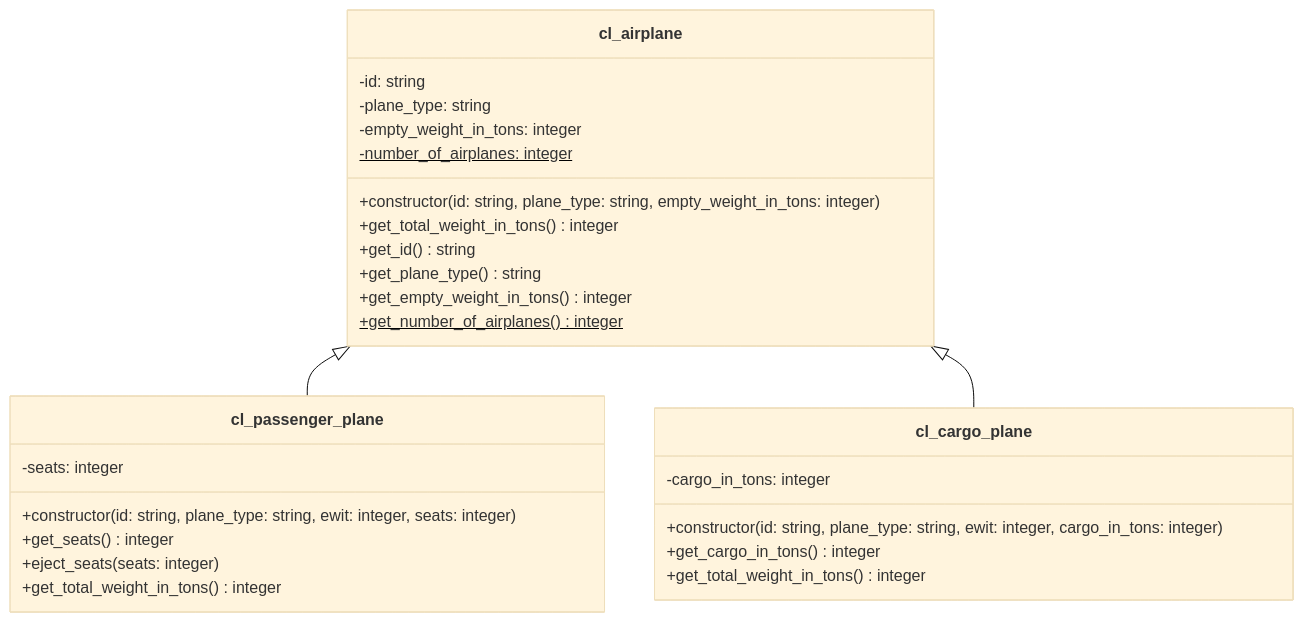
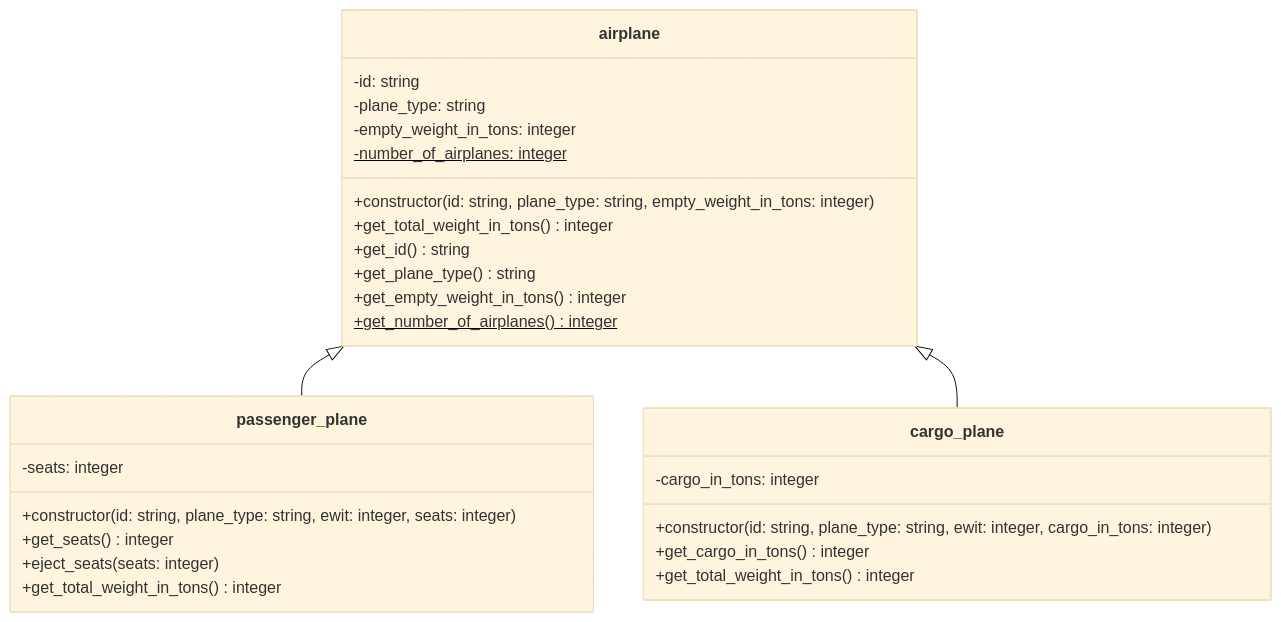
One commit to appenmaier/s4hana changed the diagram in docs/exercises/abap-objects/abap-objects-06.md. Above: the diagram before and after it, drawn with Mermaid (base theme).

````diff
--- a/docs/exercises/abap-objects/abap-objects-06.md
+++ b/docs/exercises/abap-objects/abap-objects-06.md
@@ -11,33 +11,33 @@
 ```mermaid
 classDiagram
-   cl_airplane <|-- cl_passenger_plane
-   cl_airplane <|-- cl_cargo_plane
+   airplane <|-- passenger_plane
+   airplane <|-- cargo_plane
 
-   class cl_airplane {
+   class airplane {
       -id: string
       -plane_type: string
       -empty_weight_in_tons: integer
       -number_of_airplanes: integer$
       +constructor(id: string, plane_type: string, empty_weight_in_tons: integer)
       +get_total_weight_in_tons() integer
       +get_id() string
       +get_plane_type() string
       +get_empty_weight_in_tons() integer
       +get_number_of_airplanes() integer$
    }
 
-   class cl_passenger_plane {
+   class passenger_plane {
       -seats: integer
       +constructor(id: string, plane_type: string, ewit: integer, seats: integer)
       +get_seats() integer
       +eject_seats(seats: integer)
       +get_total_weight_in_tons() integer
    }
 
-   class cl_cargo_plane {
+   class cargo_plane {
       -cargo_in_tons: integer
       +constructor(id: string, plane_type: string, ewit: integer, cargo_in_tons: integer)
       +get_cargo_in_tons() integer
       +get_total_weight_in_tons() integer
    }
 ```
````
